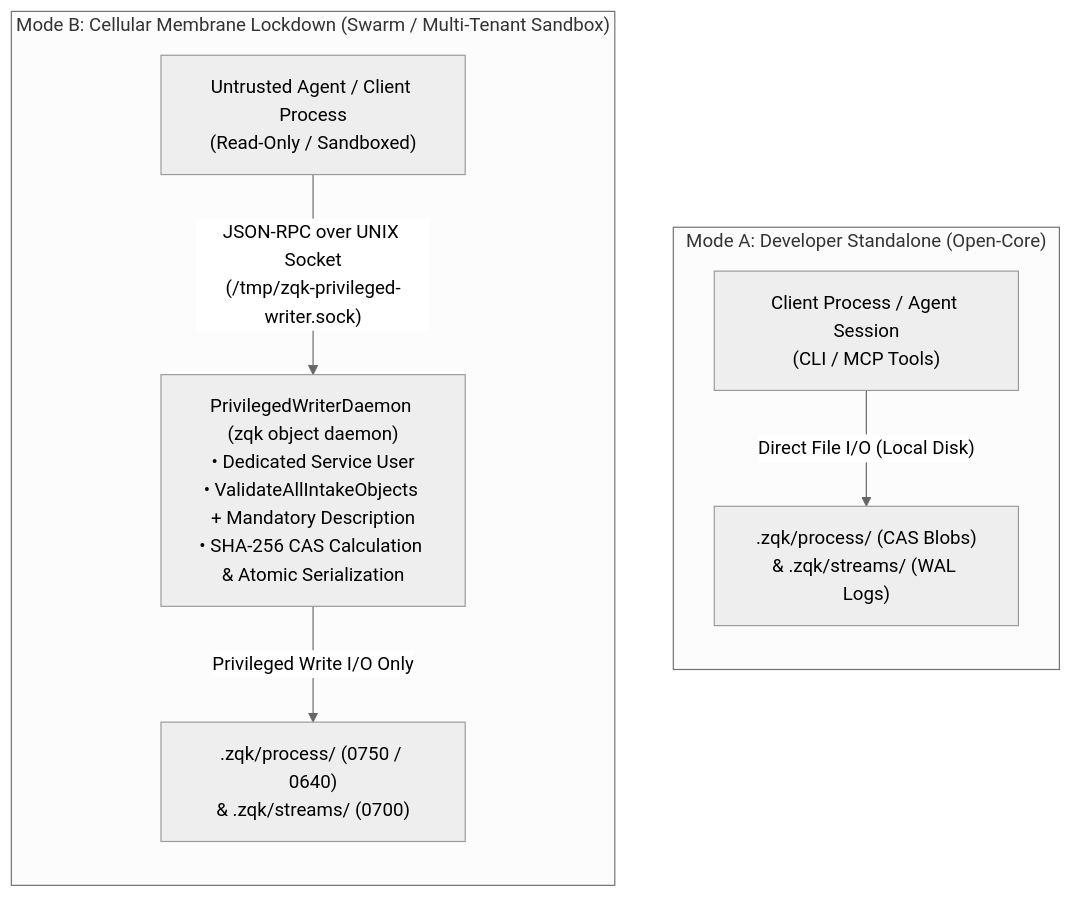
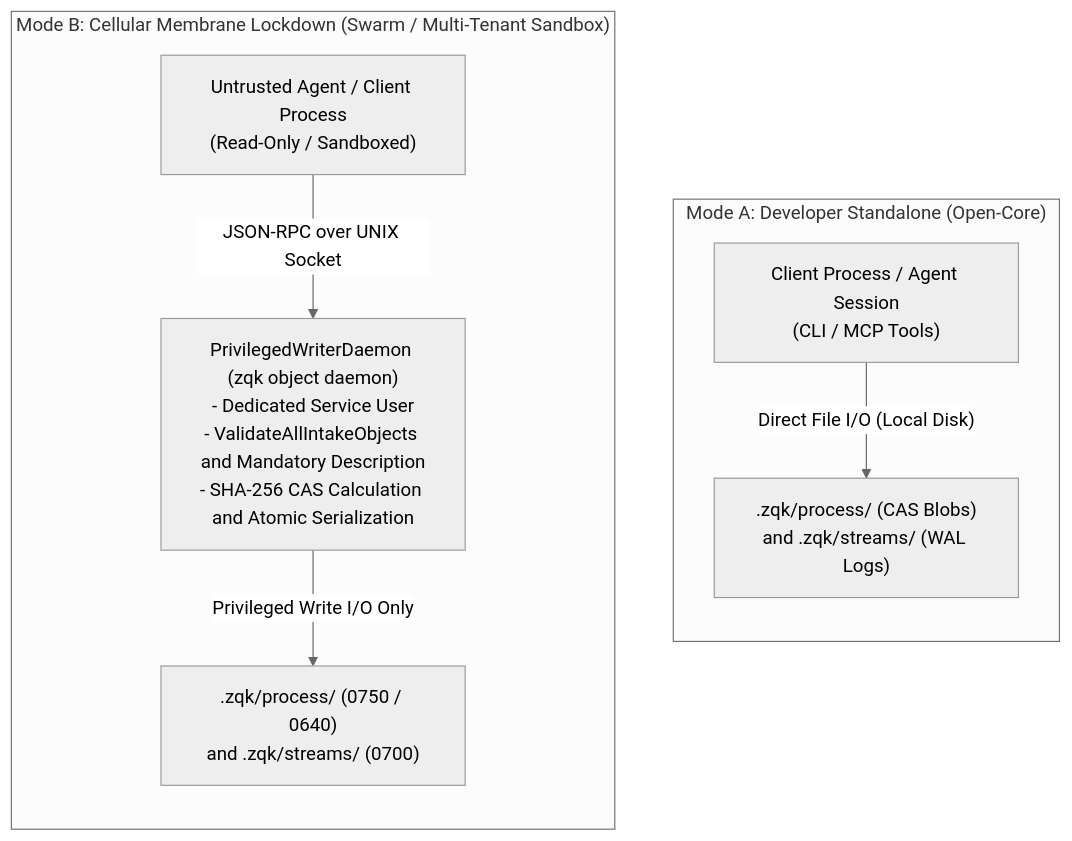
One commit to zqk-os/zqk changed the first of 2 diagrams in docs/architecture/CELLULAR_MEMBRANE_MODE_B_CONFIGURATION.md. Above: the diagram before and after it, drawn with Mermaid (neutral theme). The commit also changed 11 other files, not shown here.

Commit message:
fix(docs, packaging): fix Architecture Overview A/B diagram, standardize Mermaid rendering, and fix cross-platform packaging

````diff
--- a/docs/architecture/CELLULAR_MEMBRANE_MODE_B_CONFIGURATION.md
+++ b/docs/architecture/CELLULAR_MEMBRANE_MODE_B_CONFIGURATION.md
@@ -15,18 +15,18 @@
 ```mermaid
 flowchart TD
   subgraph ModeA["Mode A: Developer Standalone (Open-Core)"]
     direction TD
     ClientA["Client Process / Agent Session<br/>(CLI / MCP Tools)"]
-    DiskA[".zqk/process/ (CAS Blobs)<br/>& .zqk/streams/ (WAL Logs)"]
+    DiskA[".zqk/process/ (CAS Blobs)<br/>and .zqk/streams/ (WAL Logs)"]
     ClientA -->|"Direct File I/O (Local Disk)"| DiskA
   end
 
   subgraph ModeB["Mode B: Cellular Membrane Lockdown (Swarm / Multi-Tenant Sandbox)"]
     direction TD
     ClientB["Untrusted Agent / Client Process<br/>(Read-Only / Sandboxed)"]
-    DaemonB["PrivilegedWriterDaemon (zqk object daemon)<br/>• Dedicated Service User<br/>• ValidateAllIntakeObjects + Mandatory Description<br/>• SHA-256 CAS Calculation & Atomic Serialization"]
-    DiskB[".zqk/process/ (0750 / 0640)<br/>& .zqk/streams/ (0700)"]
-    ClientB -->|"JSON-RPC over UNIX Socket<br/>(/tmp/zqk-privileged-writer.sock)"| DaemonB
-    DaemonB -->|"Privileged Write I/O Only"| DiskB
+    DaemonB["PrivilegedWriterDaemon (zqk object daemon)<br/>- Dedicated Service User<br/>- ValidateAllIntakeObjects and Mandatory Description<br/>- SHA-256 CAS Calculation and Atomic Serialization"]
+    DiskB[".zqk/process/ (0750 / 0640)<br/>and .zqk/streams/ (0700)"]
+    ClientB -->|JSON-RPC over UNIX Socket| DaemonB
+    DaemonB -->|Privileged Write I/O Only| DiskB
   end
 ```
````
